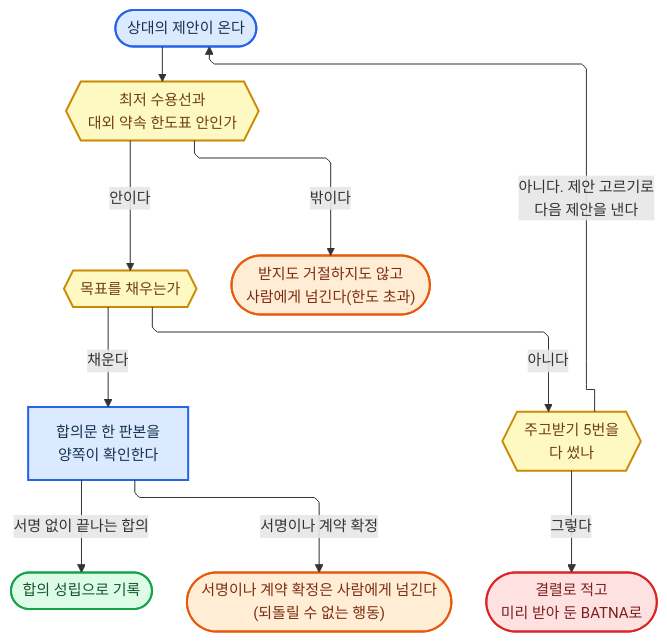
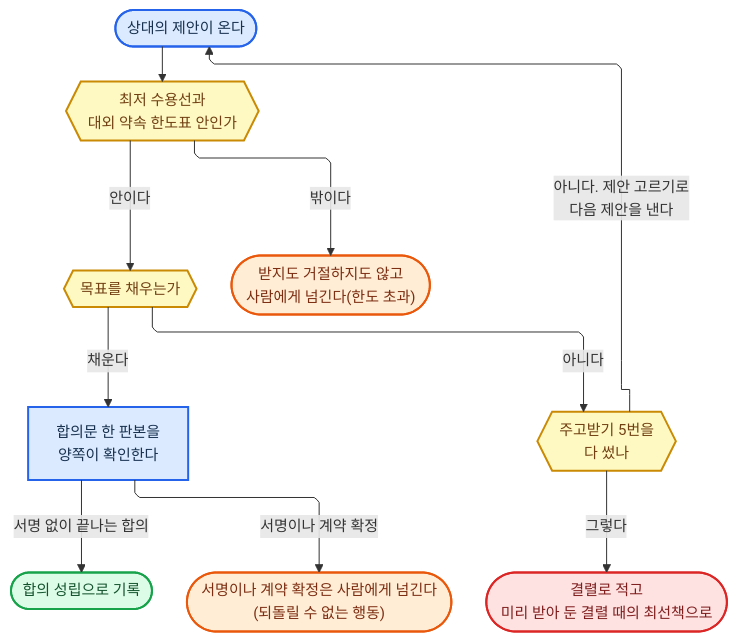
One commit to harisbaguette/expert changed diagram 16 of 24 in 전문가 에이전트 정의 2.md. Above: the diagram before and after it, drawn with Mermaid. The commit also changed other lines of this file and 1 other file, not shown here.

````diff
--- a/전문가 에이전트 정의 2.md
+++ b/전문가 에이전트 정의 2.md
@@ -3234,27 +3181,27 @@
 ```mermaid
 %%{init: {"flowchart":{"wrappingWidth":640,"curve":"linear","nodeSpacing":45,"rankSpacing":55,"padding":14,"useMaxWidth":true,"defaultRenderer":"elk"},"themeVariables":{"fontSize":"15px"},"layout":"elk","elk":{"mergeEdges":false,"nodePlacementStrategy":"BRANDES_KOEPF","keepEntryNodeOnTop":true,"considerModelOrder":"NODES_AND_EDGES","cycleBreakingStrategy":"DEPTH_FIRST"}} }%%
 flowchart TB
     OK(["합의 성립으로 기록"]):::good
     SIGN["합의문 한 판본을<br/>양쪽이 확인한다"]:::main
     HUMAN2(["서명이나 계약 확정은 사람에게 넘긴다<br/>(되돌릴 수 없는 행동)"]):::back
     LINE{{"최저 수용선과<br/>대외 약속 한도표 안인가"}}:::note
     GOAL{{"목표를 채우는가"}}:::note
-    BREAK(["결렬로 적고<br/>미리 받아 둔 BATNA로"]):::stop
+    BREAK(["결렬로 적고<br/>미리 받아 둔 결렬 때의 최선책으로"]):::stop
     HUMAN(["받지도 거절하지도 않고<br/>사람에게 넘긴다(한도 초과)"]):::back
     IN(["상대의 제안이 온다"]):::main
     CNT{{"주고받기 5번을<br/>다 썼나"}}:::note
     LINE -- "밖이다" --> HUMAN
     LINE -- "안이다" --> GOAL
     IN --> LINE
     GOAL -- "채운다" --> SIGN
     GOAL -- "아니다" --> CNT
     SIGN -- "서명이나 계약 확정" --> HUMAN2
     CNT -- "그렇다" --> BREAK
     CNT -- "아니다. 제안 고르기로<br/>다음 제안을 낸다" --> IN
     SIGN -- "서명 없이 끝나는 합의" --> OK
     classDef main fill:#dbeafe,stroke:#2563eb,stroke-width:2px,color:#17314f
     classDef stop fill:#fee2e2,stroke:#dc2626,stroke-width:2px,color:#7f1d1d
     classDef back fill:#ffedd5,stroke:#ea580c,stroke-width:2px,color:#7c2d12
     classDef good fill:#dcfce7,stroke:#16a34a,stroke-width:2px,color:#14532d
     classDef note fill:#fef9c3,stroke:#ca8a04,stroke-width:2px,color:#713f12
 ```
````
